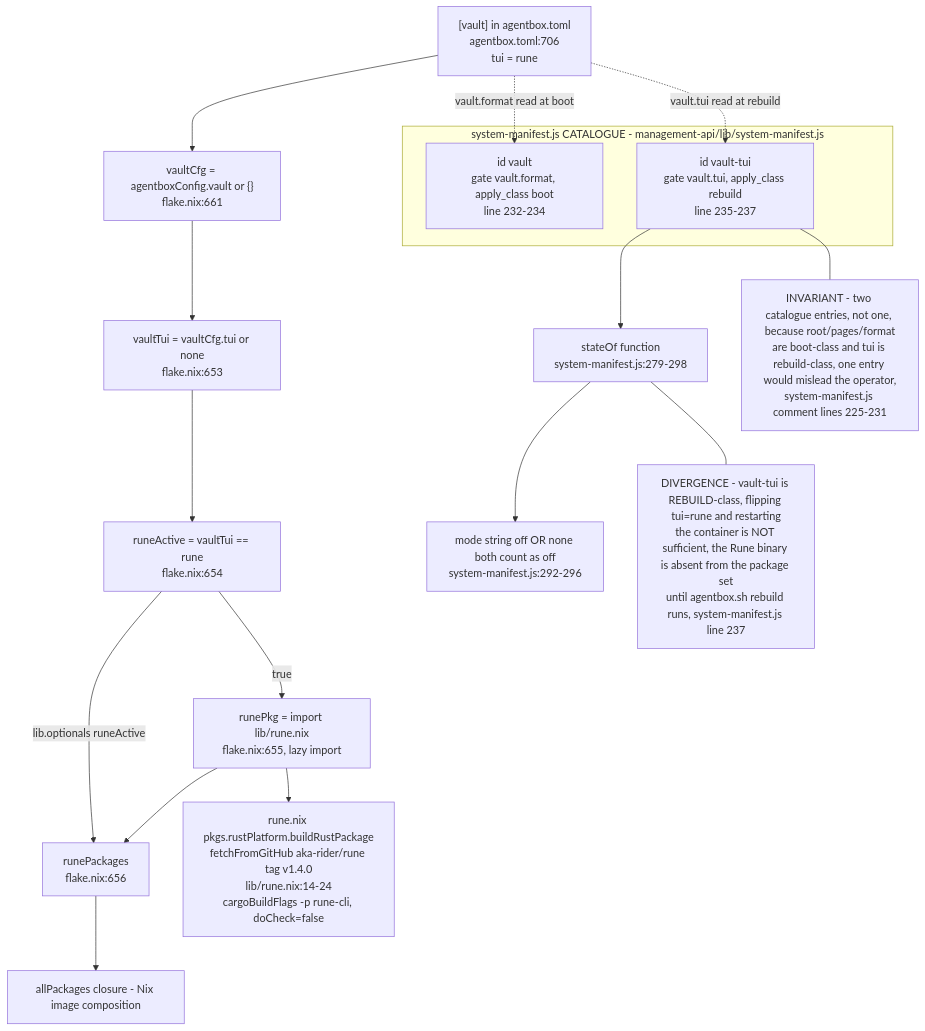
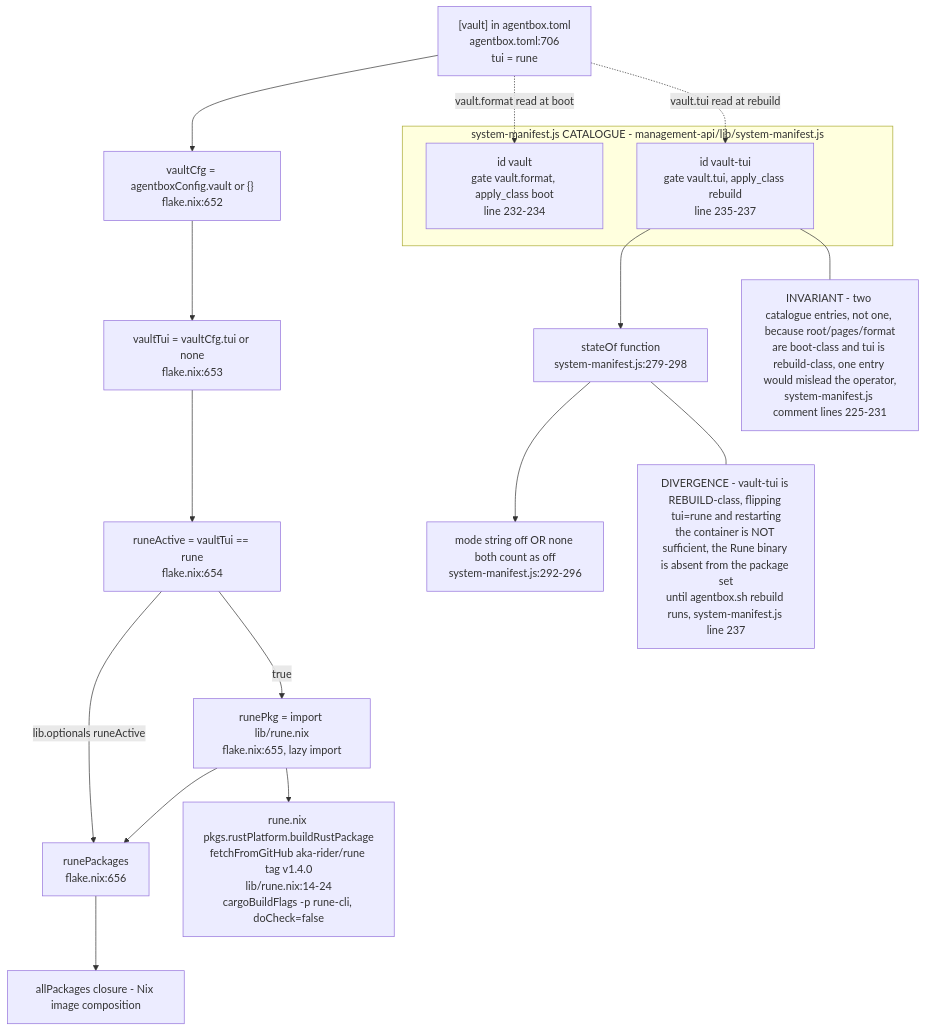
One commit to DreamLab-AI/VisionFlow changed the tenth of 11 diagrams in docs/diagrams/agentbox/01-nix-flake-composition.md. Above: the diagram before and after it, drawn with Mermaid. The commit also changed other lines of this file and 25 other files, not shown here.

````diff
--- a/docs/diagrams/agentbox/01-nix-flake-composition.md
+++ b/docs/diagrams/agentbox/01-nix-flake-composition.md
@@ -403,32 +403,32 @@
 ```mermaid
 flowchart TB
-    TOMLVAULT["[vault] in agentbox.toml<br/>agentbox.toml:706<br/>tui = rune"] --> VAULTCFG["vaultCfg = agentboxConfig.vault or {}<br/>flake.nix:661"]
+    TOMLVAULT["[vault] in agentbox.toml<br/>agentbox.toml:706<br/>tui = rune"] --> VAULTCFG["vaultCfg = agentboxConfig.vault or {}<br/>flake.nix:652"]
 
     VAULTCFG --> TUIVAL["vaultTui = vaultCfg.tui or none<br/>flake.nix:653"]
     TUIVAL --> RUNEACTIVE["runeActive = vaultTui == rune<br/>flake.nix:654"]
     RUNEACTIVE -->|"true"| RUNEPKGIMPORT["runePkg = import lib/rune.nix<br/>flake.nix:655, lazy import"]
     RUNEACTIVE -->|"lib.optionals runeActive"| RUNEPACKAGES["runePackages<br/>flake.nix:656"]
     RUNEPKGIMPORT --> RUNEPACKAGES
     RUNEPACKAGES --> ALLPKG["allPackages closure - Nix image composition"]
 
     RUNEBUILD["rune.nix pkgs.rustPlatform.buildRustPackage<br/>fetchFromGitHub aka-rider/rune tag v1.4.0<br/>lib/rune.nix:14-24<br/>cargoBuildFlags -p rune-cli, doCheck=false"]
     RUNEPKGIMPORT --> RUNEBUILD
 
     subgraph MANIFEST["system-manifest.js CATALOGUE - management-api/lib/system-manifest.js"]
         VAULTENTRY["id vault<br/>gate vault.format, apply_class boot<br/>line 232-234"]
         VAULTTUIENTRY["id vault-tui<br/>gate vault.tui, apply_class rebuild<br/>line 235-237"]
     end
 
     TOMLVAULT -.->|"vault.format read at boot"| VAULTENTRY
     TOMLVAULT -.->|"vault.tui read at rebuild"| VAULTTUIENTRY
 
     STATEOF["stateOf function<br/>system-manifest.js:279-298"]
     VAULTTUIENTRY --> STATEOF
     STATEOF --> MODESTRING["mode string off OR none both count as off<br/>system-manifest.js:292-296"]
 
     NOTE1["INVARIANT - two catalogue entries, not one, because root/pages/format<br/>are boot-class and tui is rebuild-class, one entry would mislead the operator,<br/>system-manifest.js comment lines 225-231"]
     VAULTTUIENTRY --- NOTE1
 
     NOTE2["DIVERGENCE - vault-tui is REBUILD-class, flipping tui=rune and restarting<br/>the container is NOT sufficient, the Rune binary is absent from the package set<br/>until agentbox.sh rebuild runs, system-manifest.js line 237"]
     STATEOF --- NOTE2
 ```
````
